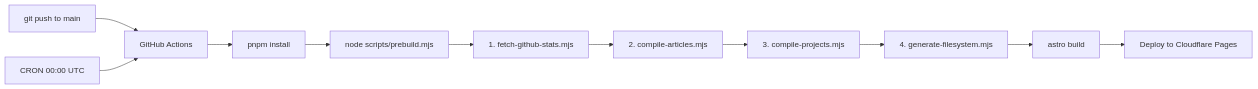
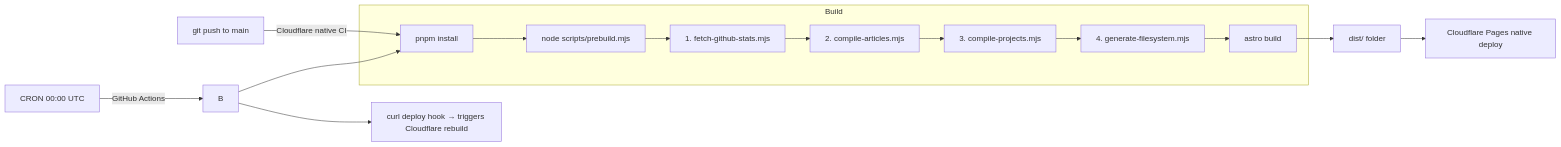
Before and after one commit to mansyar/portfolio-v3: the diagram in docs/TDD.md, drawn with Mermaid. The commit also changed other lines of this file and 3 other files, not shown here.

Commit message:
docs: Update PRD, TDD, and ROADMAP with Track 5A (CI/CD & Launch)

````diff
--- a/docs/TDD.md
+++ b/docs/TDD.md
@@ -725,14 +725,21 @@
 ```mermaid
 graph LR
-    A[git push to main] --> B[GitHub Actions]
-    B --> C[pnpm install]
-    C --> D[node scripts/prebuild.mjs]
-    D --> D1[1. fetch-github-stats.mjs]
-    D1 --> D2[2. compile-articles.mjs]
-    D2 --> D3[3. compile-projects.mjs]
-    D3 --> D4[4. generate-filesystem.mjs]
-    D4 --> E[astro build]
-    E --> F[Deploy to Cloudflare Pages]
+    A[git push to main] -->|Cloudflare native CI| C
+    G[CRON 00:00 UTC] -->|GitHub Actions| B
 
-    G[CRON 00:00 UTC] --> B
+    subgraph Build
+        C[pnpm install]
+        C --> D[node scripts/prebuild.mjs]
+        D --> D1[1. fetch-github-stats.mjs]
+        D1 --> D2[2. compile-articles.mjs]
+        D2 --> D3[3. compile-projects.mjs]
+        D3 --> D4[4. generate-filesystem.mjs]
+        D4 --> E[astro build]
+    end
+
+    E --> F[dist/ folder]
+
+    F --> H[Cloudflare Pages native deploy]
+    B --> C
+    B --> I[curl deploy hook → triggers Cloudflare rebuild]
 ```
````
